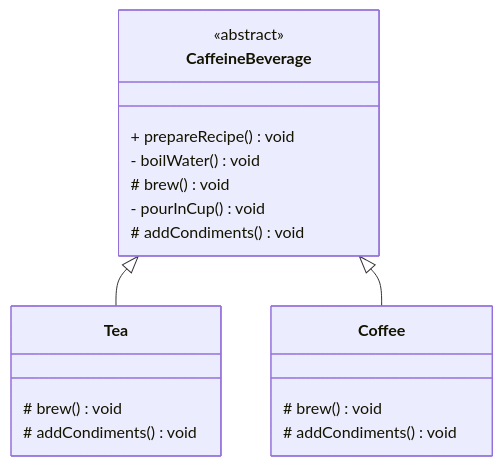
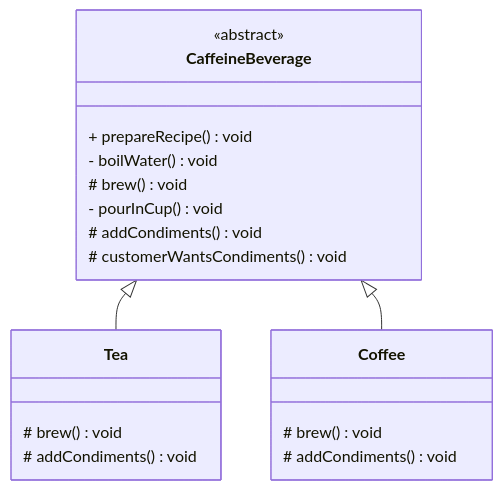
One commit to hbaltz/design-patterns changed the third of 3 diagrams in src/template_method/README.md. Above: the diagram before and after it, drawn with Mermaid. The commit also changed other lines of this file, not shown here.

````diff
--- a/src/template_method/README.md
+++ b/src/template_method/README.md
@@ -90,24 +96,25 @@
 ```mermaid
 classDiagram
     class CaffeineBeverage {
         + prepareRecipe() void
         - boilWater() void
         # brew() void
         - pourInCup() void
         # addCondiments() void
+        # customerWantsCondiments() void
     }
     <<abstract>> CaffeineBeverage
     
     class Tea {
         # brew() void
         # addCondiments() void
     }
 
     class Coffee {
         # brew() void
         # addCondiments() void
     }
 
     CaffeineBeverage <|-- Tea
     CaffeineBeverage <|-- Coffee
 ```
````
